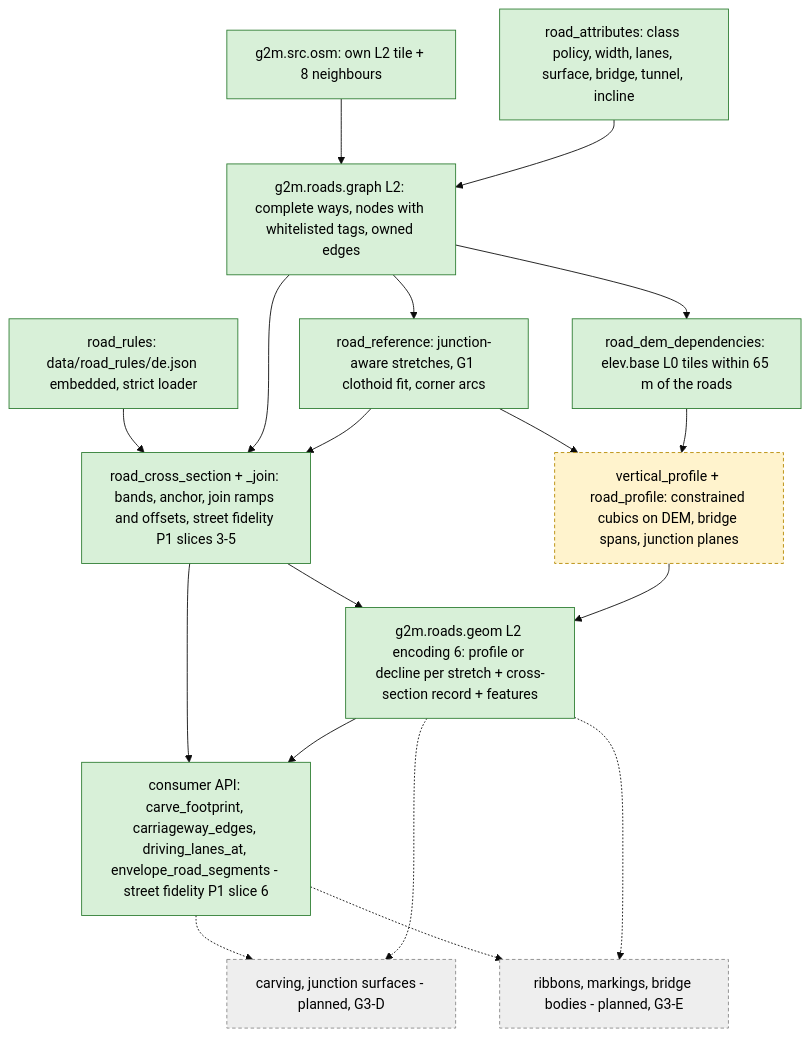
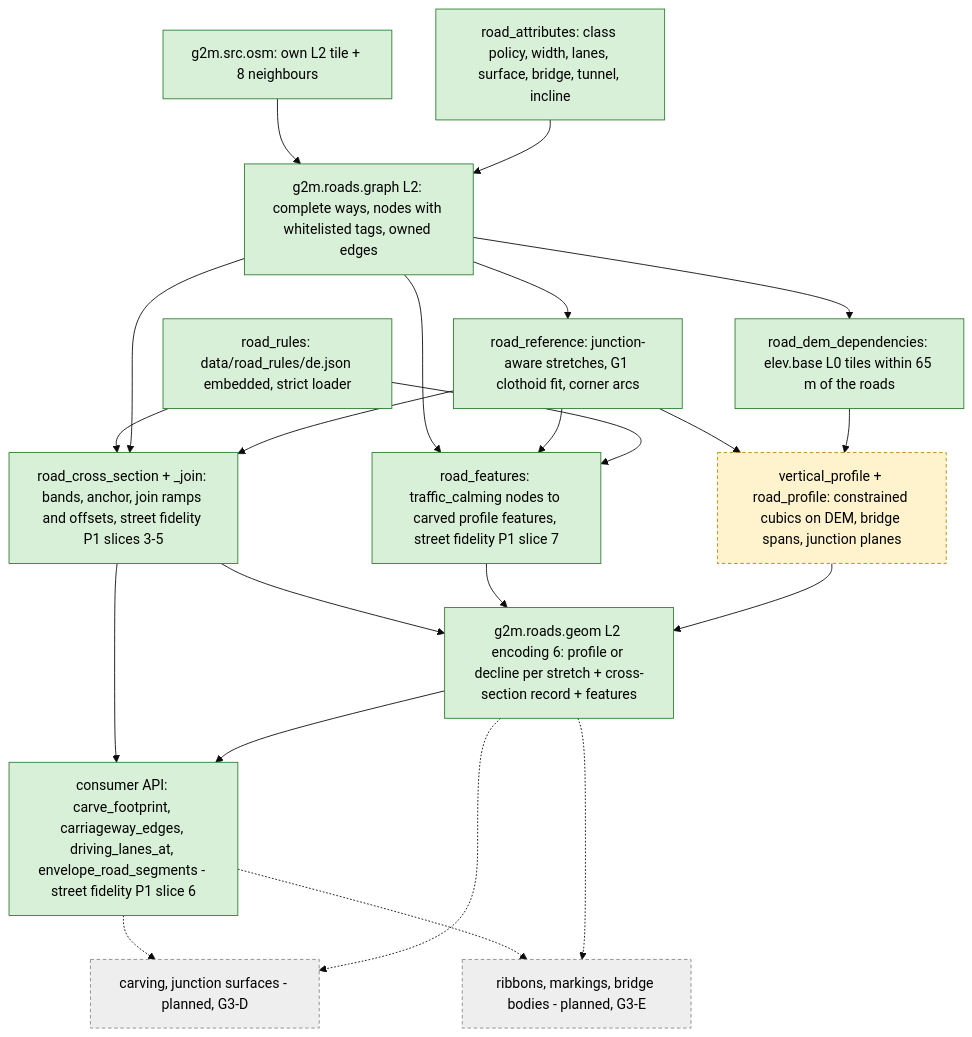
One commit to SebastianDanielFrenz/geo2map_engine changed the diagram in docs/pipeline/roads.md. Above: the diagram before and after it, drawn with Mermaid (base theme). The commit also changed other lines of this file and 14 other files, not shown here.

````diff
--- a/docs/pipeline/roads.md
+++ b/docs/pipeline/roads.md
@@ -7,36 +7,41 @@
 ```mermaid
 flowchart TD
   OSM9["g2m.src.osm: own L2 tile + 8 neighbours"]
   ATTR["road_attributes: class policy, width, lanes, surface, bridge, tunnel, incline"]
   GRAPH["g2m.roads.graph L2: complete ways, nodes with whitelisted tags, owned edges"]
   RULES["road_rules: data/road_rules/de.json embedded, strict loader"]
   XS["road_cross_section + _join: bands, anchor, join ramps and offsets, street fidelity P1 slices 3-5"]
   API["consumer API: carve_footprint, carriageway_edges, driving_lanes_at, envelope_road_segments - street fidelity P1 slice 6"]
   REF["road_reference: junction-aware stretches, G1 clothoid fit, corner arcs"]
   DEMDEP["road_dem_dependencies: elev.base L0 tiles within 65 m of the roads"]
   PROF["vertical_profile + road_profile: constrained cubics on DEM, bridge spans, junction planes"]
+  FEAT["road_features: traffic_calming nodes to carved profile features, street fidelity P1 slice 7"]
   GEOM["g2m.roads.geom L2 encoding 6: profile or decline per stretch + cross-section record + features"]
   CARVE["carving, junction surfaces - planned, G3-D"]
   RIB["ribbons, markings, bridge bodies - planned, G3-E"]
   OSM9 --> GRAPH
   ATTR --> GRAPH
   GRAPH --> REF --> PROF
   GRAPH --> DEMDEP --> PROF
   RULES --> XS
   GRAPH --> XS
   REF --> XS
   XS --> GEOM
+  GRAPH --> FEAT
+  REF --> FEAT
+  RULES --> FEAT
+  FEAT --> GEOM
   PROF --> GEOM
   XS --> API
   GEOM --> API
   API -.-> CARVE
   API -.-> RIB
   GEOM -.-> CARVE
   GEOM -.-> RIB
   classDef done fill:#d8f0d8,stroke:#2e7d32,color:#000;
   classDef part fill:#fff3cd,stroke:#b58900,stroke-dasharray:4 3,color:#000;
   classDef plan fill:#eeeeee,stroke:#888888,stroke-dasharray:4 3,color:#000;
-  class OSM9,ATTR,GRAPH,REF,DEMDEP,GEOM,RULES,XS,API done;
+  class OSM9,ATTR,GRAPH,REF,DEMDEP,GEOM,RULES,XS,API,FEAT done;
   class PROF part;
   class CARVE,RIB plan;
 ```
````
